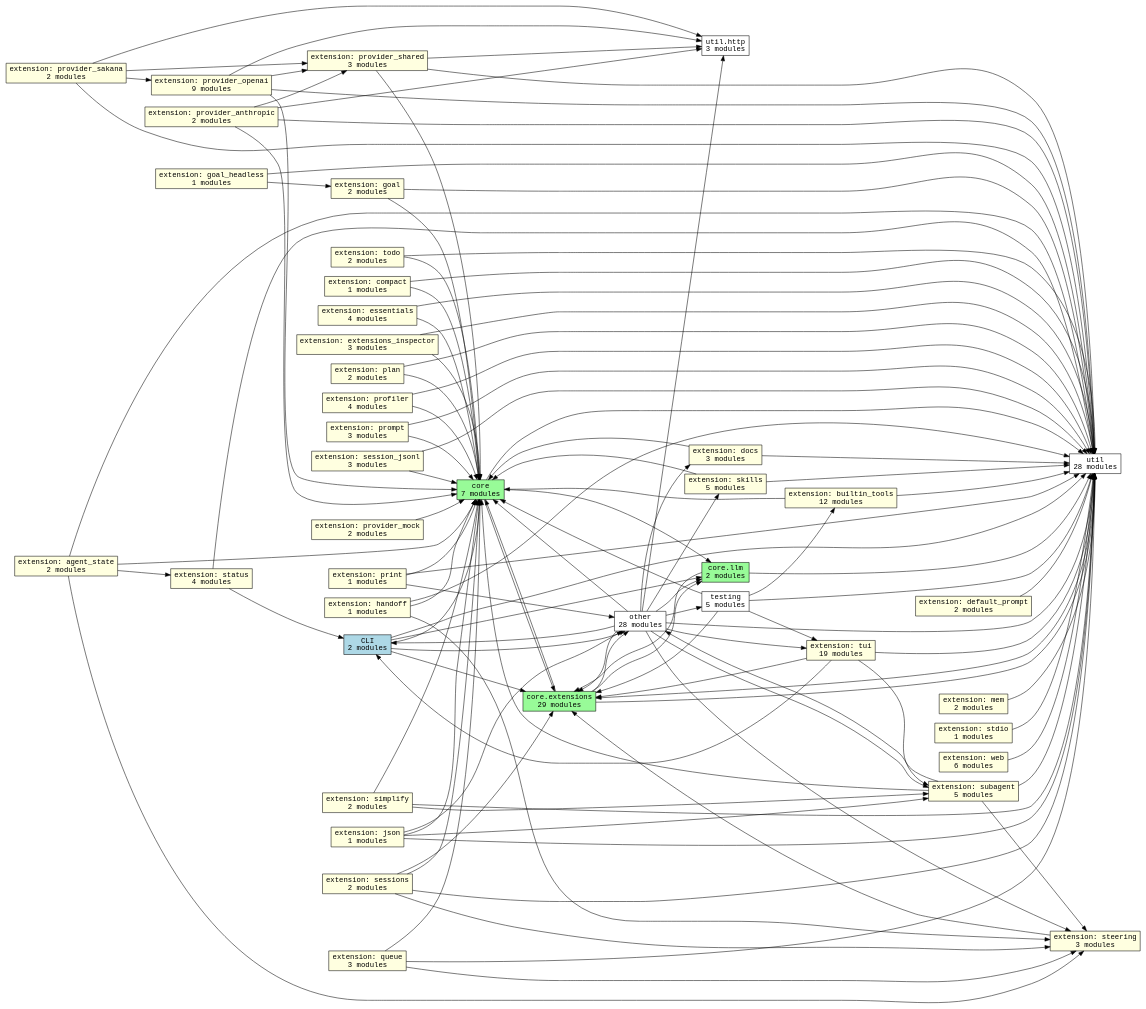
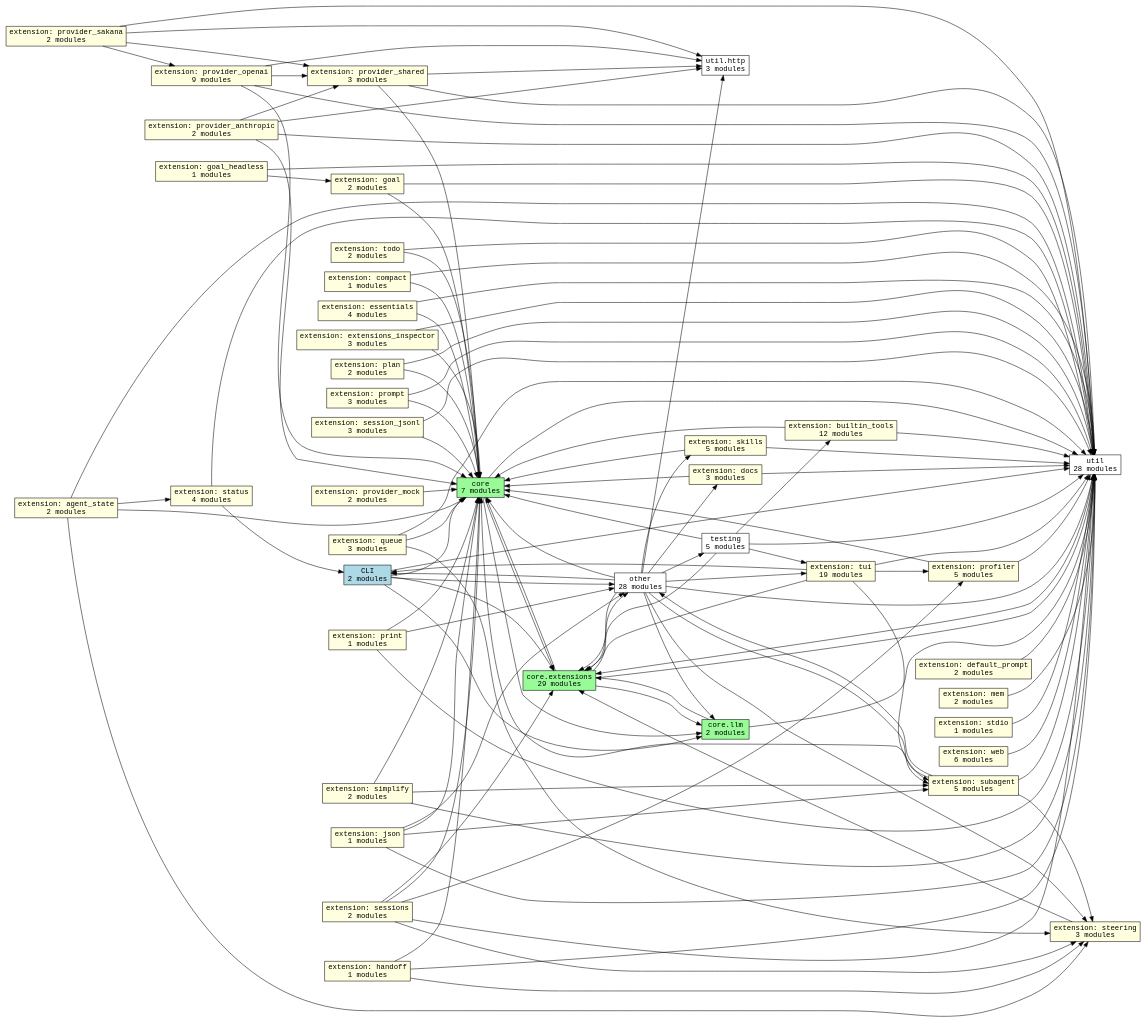
One commit to acmiyaguchi/fen changed the diagram in docs/graphs/subsystems.dot. Above: the diagram before and after it, drawn with Graphviz. The commit also changed 14 other files, not shown here.

```diff
--- a/docs/graphs/subsystems.dot
+++ b/docs/graphs/subsystems.dot
@@ -1,159 +1,161 @@
 digraph fen_subsystems {
   graph [rankdir=LR];
   node [shape=box, fontname="monospace"];
   edge [fontname="monospace"];
   "cli" [fillcolor="lightblue", label="CLI\n2 modules", style="filled"];
   "core" [fillcolor="palegreen", label="core\n7 modules", style="filled"];
   "core.extensions" [fillcolor="palegreen", label="core.extensions\n29 modules", style="filled"];
   "core.llm" [fillcolor="palegreen", label="core.llm\n2 modules", style="filled"];
   "extension.agent_state" [fillcolor="lightyellow", label="extension: agent_state\n2 modules", style="filled"];
   "extension.builtin_tools" [fillcolor="lightyellow", label="extension: builtin_tools\n12 modules", style="filled"];
   "extension.compact" [fillcolor="lightyellow", label="extension: compact\n1 modules", style="filled"];
   "extension.default_prompt" [fillcolor="lightyellow", label="extension: default_prompt\n2 modules", style="filled"];
   "extension.docs" [fillcolor="lightyellow", label="extension: docs\n3 modules", style="filled"];
   "extension.essentials" [fillcolor="lightyellow", label="extension: essentials\n4 modules", style="filled"];
   "extension.extensions_inspector" [fillcolor="lightyellow", label="extension: extensions_inspector\n3 modules", style="filled"];
   "extension.goal" [fillcolor="lightyellow", label="extension: goal\n2 modules", style="filled"];
   "extension.goal_headless" [fillcolor="lightyellow", label="extension: goal_headless\n1 modules", style="filled"];
   "extension.handoff" [fillcolor="lightyellow", label="extension: handoff\n1 modules", style="filled"];
   "extension.json" [fillcolor="lightyellow", label="extension: json\n1 modules", style="filled"];
   "extension.mem" [fillcolor="lightyellow", label="extension: mem\n2 modules", style="filled"];
   "extension.plan" [fillcolor="lightyellow", label="extension: plan\n2 modules", style="filled"];
   "extension.print" [fillcolor="lightyellow", label="extension: print\n1 modules", style="filled"];
-  "extension.profiler" [fillcolor="lightyellow", label="extension: profiler\n4 modules", style="filled"];
+  "extension.profiler" [fillcolor="lightyellow", label="extension: profiler\n5 modules", style="filled"];
   "extension.prompt" [fillcolor="lightyellow", label="extension: prompt\n3 modules", style="filled"];
   "extension.provider_anthropic" [fillcolor="lightyellow", label="extension: provider_anthropic\n2 modules", style="filled"];
   "extension.provider_mock" [fillcolor="lightyellow", label="extension: provider_mock\n2 modules", style="filled"];
   "extension.provider_openai" [fillcolor="lightyellow", label="extension: provider_openai\n9 modules", style="filled"];
   "extension.provider_sakana" [fillcolor="lightyellow", label="extension: provider_sakana\n2 modules", style="filled"];
   "extension.provider_shared" [fillcolor="lightyellow", label="extension: provider_shared\n3 modules", style="filled"];
   "extension.queue" [fillcolor="lightyellow", label="extension: queue\n3 modules", style="filled"];
   "extension.session_jsonl" [fillcolor="lightyellow", label="extension: session_jsonl\n3 modules", style="filled"];
   "extension.sessions" [fillcolor="lightyellow", label="extension: sessions\n2 modules", style="filled"];
   "extension.simplify" [fillcolor="lightyellow", label="extension: simplify\n2 modules", style="filled"];
   "extension.skills" [fillcolor="lightyellow", label="extension: skills\n5 modules", style="filled"];
   "extension.status" [fillcolor="lightyellow", label="extension: status\n4 modules", style="filled"];
   "extension.stdio" [fillcolor="lightyellow", label="extension: stdio\n1 modules", style="filled"];
   "extension.steering" [fillcolor="lightyellow", label="extension: steering\n3 modules", style="filled"];
   "extension.subagent" [fillcolor="lightyellow", label="extension: subagent\n5 modules", style="filled"];
   "extension.todo" [fillcolor="lightyellow", label="extension: todo\n2 modules", style="filled"];
   "extension.tui" [fillcolor="lightyellow", label="extension: tui\n19 modules", style="filled"];
   "extension.web" [fillcolor="lightyellow", label="extension: web\n6 modules", style="filled"];
   "other" [fillcolor="white", label="other\n28 modules", style="filled"];
   "testing" [fillcolor="white", label="testing\n5 modules", style="filled"];
   "util" [fillcolor="white", label="util\n28 modules", style="filled"];
   "util.http" [fillcolor="white", label="util.http\n3 modules", style="filled"];
   "cli" -> "core";
   "cli" -> "core.extensions";
   "cli" -> "core.llm";
   "cli" -> "other";
   "cli" -> "util";
   "core" -> "core.extensions";
   "core" -> "core.llm";
   "core" -> "util";
   "core.extensions" -> "core";
   "core.extensions" -> "core.llm";
   "core.extensions" -> "other";
   "core.extensions" -> "util";
   "core.llm" -> "core.extensions";
   "core.llm" -> "util";
   "extension.agent_state" -> "core";
   "extension.agent_state" -> "extension.status";
   "extension.agent_state" -> "extension.steering";
   "extension.agent_state" -> "util";
   "extension.builtin_tools" -> "core";
   "extension.builtin_tools" -> "util";
   "extension.compact" -> "core";
   "extension.compact" -> "util";
   "extension.default_prompt" -> "util";
   "extension.docs" -> "core";
   "extension.docs" -> "util";
   "extension.essentials" -> "core";
   "extension.essentials" -> "util";
   "extension.extensions_inspector" -> "core";
   "extension.extensions_inspector" -> "util";
   "extension.goal" -> "core";
   "extension.goal" -> "util";
   "extension.goal_headless" -> "extension.goal";
   "extension.goal_headless" -> "util";
   "extension.handoff" -> "core";
   "extension.handoff" -> "extension.steering";
   "extension.handoff" -> "util";
   "extension.json" -> "core";
   "extension.json" -> "extension.subagent";
   "extension.json" -> "other";
   "extension.json" -> "util";
   "extension.mem" -> "util";
   "extension.plan" -> "core";
   "extension.plan" -> "util";
   "extension.print" -> "core";
   "extension.print" -> "other";
   "extension.print" -> "util";
   "extension.profiler" -> "core";
   "extension.profiler" -> "util";
   "extension.prompt" -> "core";
   "extension.prompt" -> "util";
   "extension.provider_anthropic" -> "core";
   "extension.provider_anthropic" -> "extension.provider_shared";
   "extension.provider_anthropic" -> "util";
   "extension.provider_anthropic" -> "util.http";
   "extension.provider_mock" -> "core";
   "extension.provider_openai" -> "core";
   "extension.provider_openai" -> "extension.provider_shared";
   "extension.provider_openai" -> "util";
   "extension.provider_openai" -> "util.http";
   "extension.provider_sakana" -> "extension.provider_openai";
   "extension.provider_sakana" -> "extension.provider_shared";
   "extension.provider_sakana" -> "util";
   "extension.provider_sakana" -> "util.http";
   "extension.provider_shared" -> "core";
   "extension.provider_shared" -> "util";
   "extension.provider_shared" -> "util.http";
   "extension.queue" -> "core";
   "extension.queue" -> "extension.steering";
   "extension.queue" -> "util";
   "extension.session_jsonl" -> "core";
   "extension.session_jsonl" -> "util";
   "extension.sessions" -> "core";
   "extension.sessions" -> "core.extensions";
+  "extension.sessions" -> "extension.profiler";
   "extension.sessions" -> "extension.steering";
   "extension.sessions" -> "util";
   "extension.simplify" -> "core";
   "extension.simplify" -> "extension.subagent";
   "extension.simplify" -> "util";
   "extension.skills" -> "core";
   "extension.skills" -> "util";
   "extension.status" -> "cli";
   "extension.status" -> "util";
   "extension.stdio" -> "util";
   "extension.steering" -> "core.extensions";
   "extension.subagent" -> "core";
   "extension.subagent" -> "extension.steering";
   "extension.subagent" -> "other";
   "extension.subagent" -> "util";
   "extension.todo" -> "core";
   "extension.todo" -> "util";
   "extension.tui" -> "cli";
   "extension.tui" -> "core.extensions";
+  "extension.tui" -> "extension.profiler";
   "extension.tui" -> "extension.subagent";
   "extension.tui" -> "util";
   "extension.web" -> "util";
   "other" -> "cli";
   "other" -> "core";
   "other" -> "core.extensions";
   "other" -> "core.llm";
   "other" -> "extension.docs";
   "other" -> "extension.skills";
   "other" -> "extension.steering";
   "other" -> "extension.subagent";
   "other" -> "extension.tui";
   "other" -> "testing";
   "other" -> "util";
   "other" -> "util.http";
   "testing" -> "core";
   "testing" -> "core.extensions";
   "testing" -> "extension.builtin_tools";
   "testing" -> "extension.tui";
   "testing" -> "util";
   "util" -> "core.extensions";
 }
```
